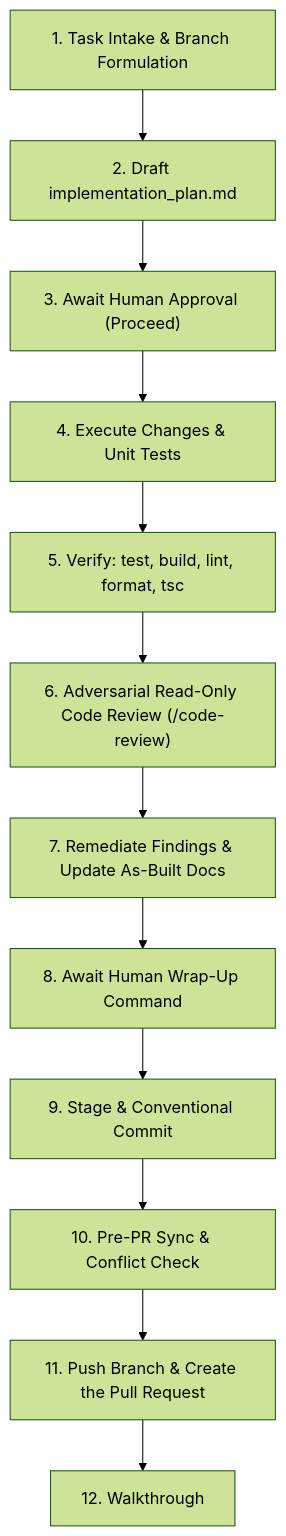
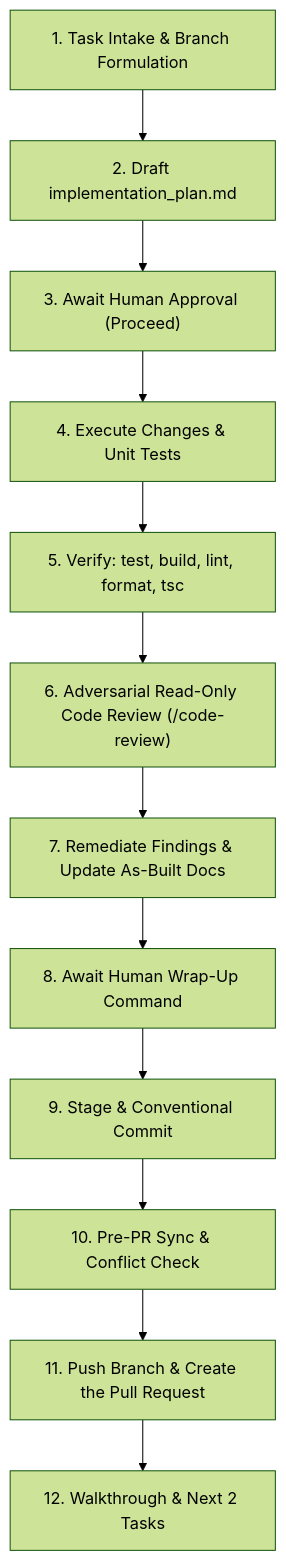
The diagram in .agents/skills/parallel-worktree-workflow/SKILL.md (carlosjosemm/pronto-insumos), drawn with Mermaid (forest theme) before and after one commit. The commit also changed other lines of this file and 1 other file, not shown here.

Commit message:
docs(skills): report next 2 roadmap tasks at task wrap-up
Both workflow skills now require the agent to re-read the Active Action
Board and name the next 2 open agent-executable tasks (skipping suspended
rows and owner-only gates) in the final walkthrough step.

Generated with [Devin](https://devin.ai)

````diff
--- a/.agents/skills/parallel-worktree-workflow/SKILL.md
+++ b/.agents/skills/parallel-worktree-workflow/SKILL.md
@@ -21,14 +21,14 @@
 ```mermaid
 flowchart TD
     A["1. Task Intake & Branch Formulation"] --> B["2. Draft implementation_plan.md"]
     B --> C["3. Await Human Approval (Proceed)"]
     C --> D["4. Execute Changes & Unit Tests"]
     D --> E["5. Verify: test, build, lint, format, tsc"]
     E --> F["6. Adversarial Read-Only Code Review (/code-review)"]
     F --> G["7. Remediate Findings & Update As-Built Docs"]
     G --> H["8. Await Human Wrap-Up Command"]
     H --> I["9. Stage & Conventional Commit"]
     I --> J["10. Pre-PR Sync & Conflict Check"]
     J --> K["11. Push Branch & Create the Pull Request"]
-    K --> L["12. Walkthrough"]
+    K --> L["12. Walkthrough & Next 2 Tasks"]
 ```
````
